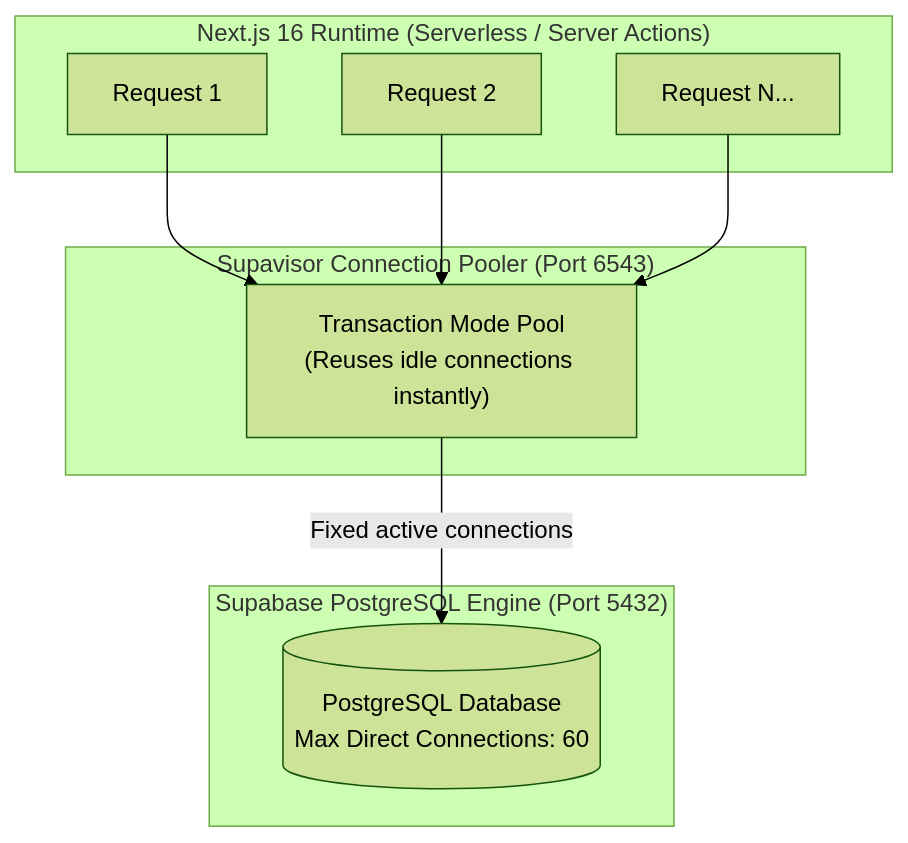
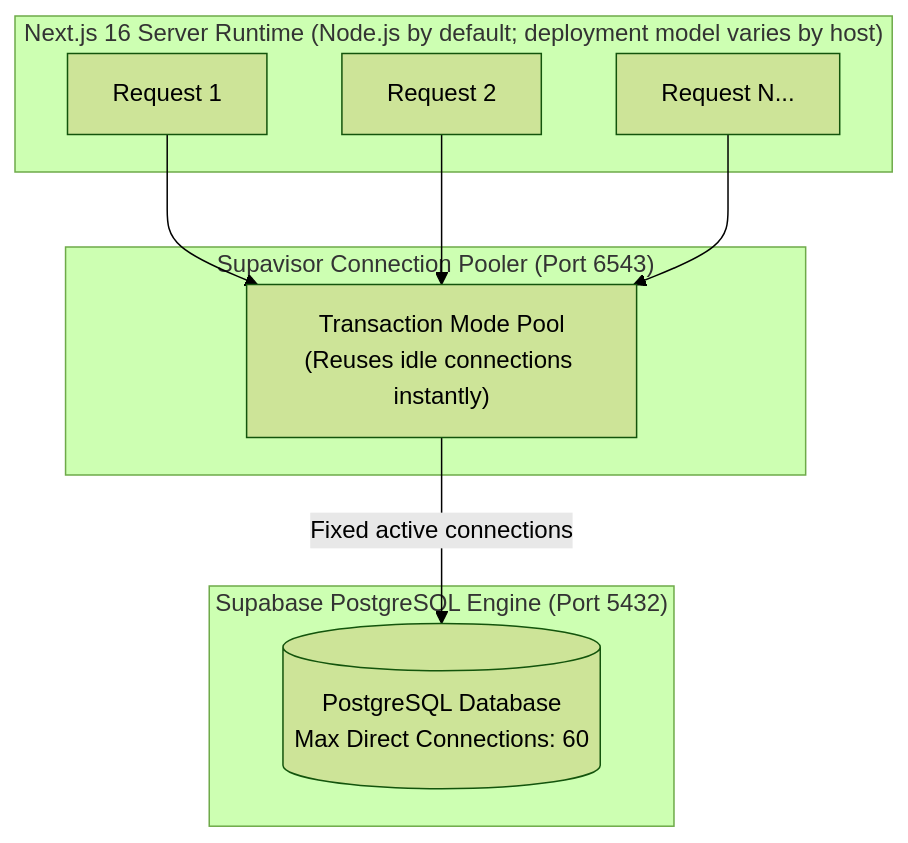
One commit to hermarDev/Abang_Cebu_AI_Group2 changed the second of 2 diagrams in docs/database/supabase-architecture.md. Above: the diagram before and after it, drawn with Mermaid (forest theme). The commit also changed other lines of this file and 5 other files, not shown here.

Commit message:
docs: correct architecture review findings

````diff
--- a/docs/database/supabase-architecture.md
+++ b/docs/database/supabase-architecture.md
@@ -83,21 +83,21 @@
 ```mermaid
 flowchart TD
-    subgraph NextJSServer["Next.js 16 Runtime (Serverless / Server Actions)"]
+    subgraph NextJSServer["Next.js 16 Server Runtime (Node.js by default; deployment model varies by host)"]
         Req1["Request 1"]
         Req2["Request 2"]
         ReqN["Request N..."]
     end
 
     subgraph Supavisor["Supavisor Connection Pooler (Port 6543)"]
         Pool["Transaction Mode Pool<br/>(Reuses idle connections instantly)"]
     end
 
     subgraph PostgreSQL["Supabase PostgreSQL Engine (Port 5432)"]
         DB[("PostgreSQL Database<br/>Max Direct Connections: 60")]
     end
 
     Req1 --> Pool
     Req2 --> Pool
     ReqN --> Pool
     Pool -->|Fixed active connections| DB
 ```
````
